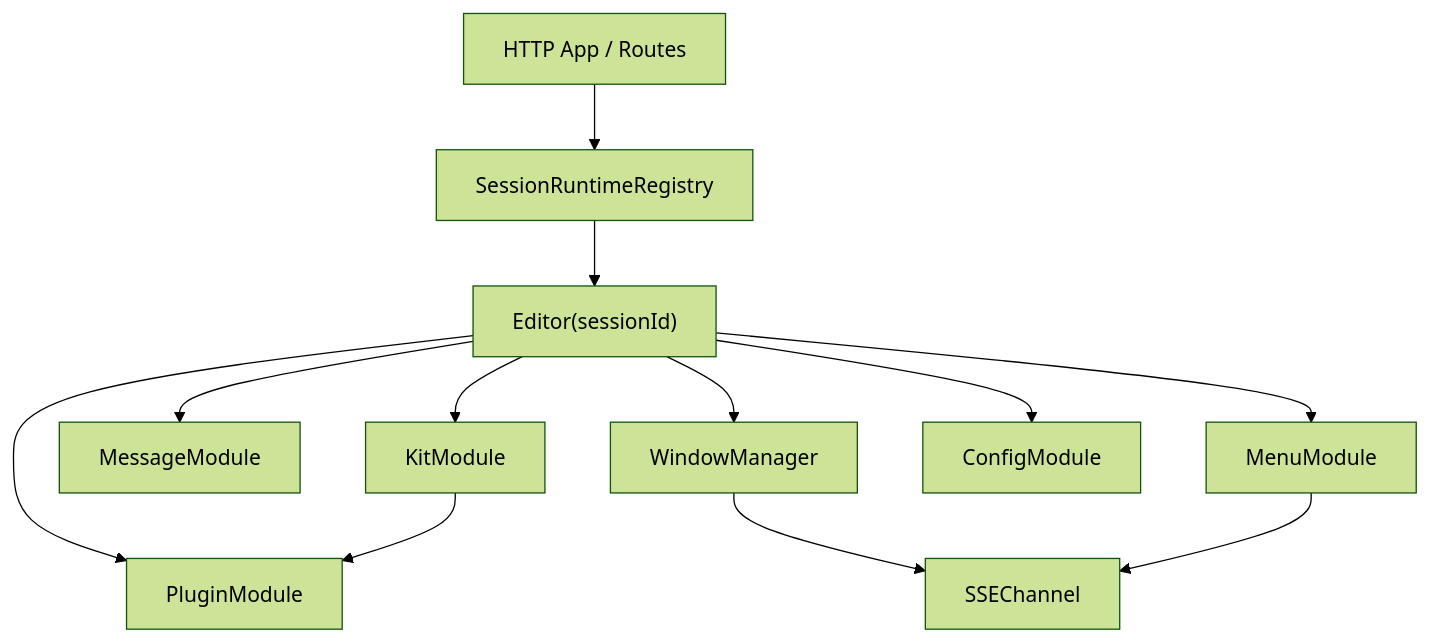
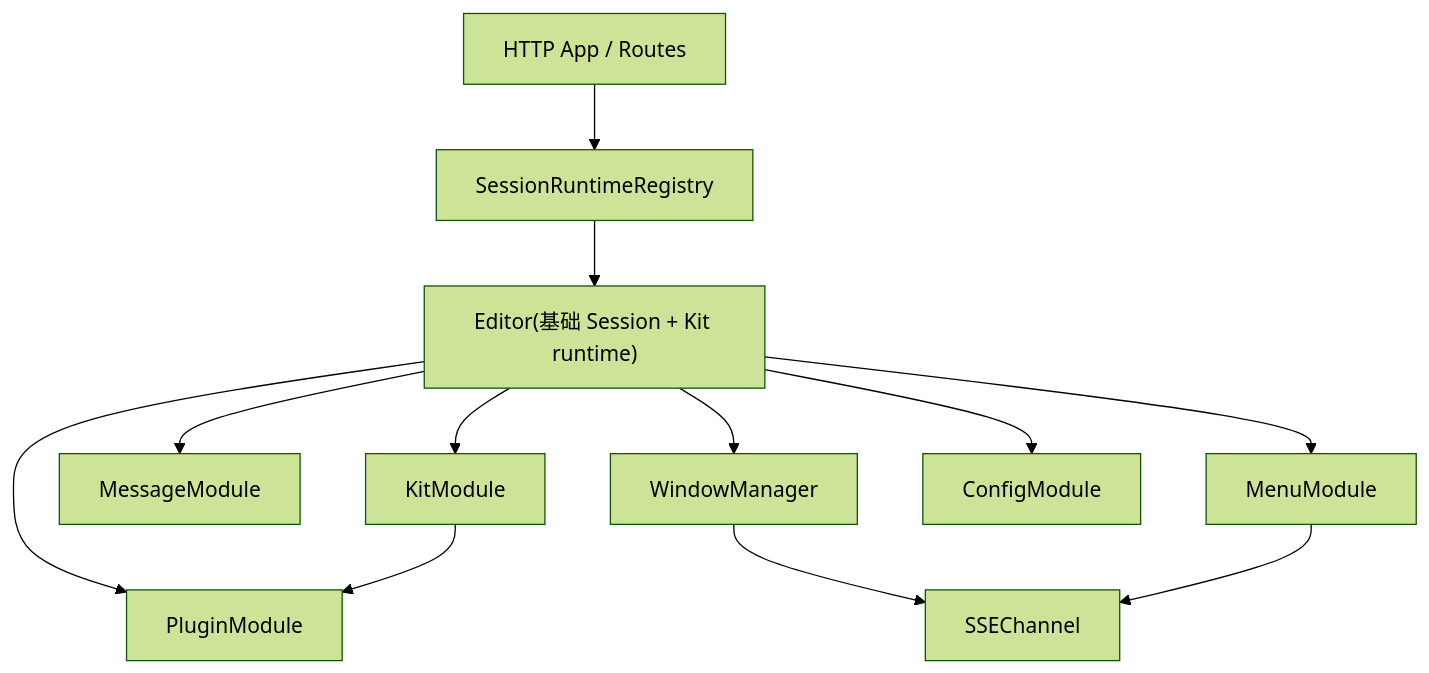
One commit to itharbors/harbors changed the second of 2 diagrams in docs/architecture/system-overview.md. Above: the diagram before and after it, drawn with Mermaid (forest theme). The commit also changed other lines of this file and 56 other files, not shown here.

````diff
--- a/docs/architecture/system-overview.md
+++ b/docs/architecture/system-overview.md
@@ -44,14 +49,14 @@
 ```mermaid
 flowchart TD
     Routes["HTTP App / Routes"] --> Registry["SessionRuntimeRegistry"]
-    Registry --> Editor["Editor(sessionId)"]
+    Registry --> Editor["Editor(基础 Session + Kit runtime)"]
     Editor --> Kit["KitModule"]
     Editor --> Plugin["PluginModule"]
     Editor --> Message["MessageModule"]
     Editor --> Menu["MenuModule"]
     Editor --> Window["WindowManager"]
     Editor --> Config["ConfigModule"]
     Window --> SSE["SSEChannel"]
     Menu --> SSE
     Kit --> Plugin
 ```
````
